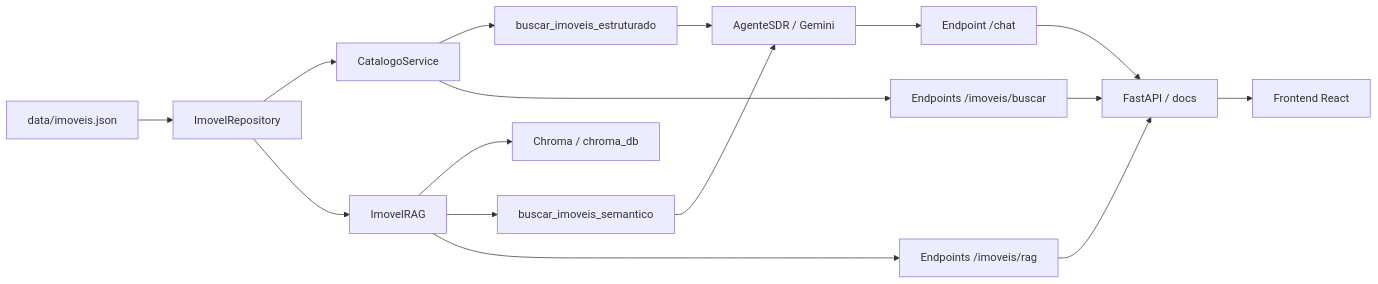
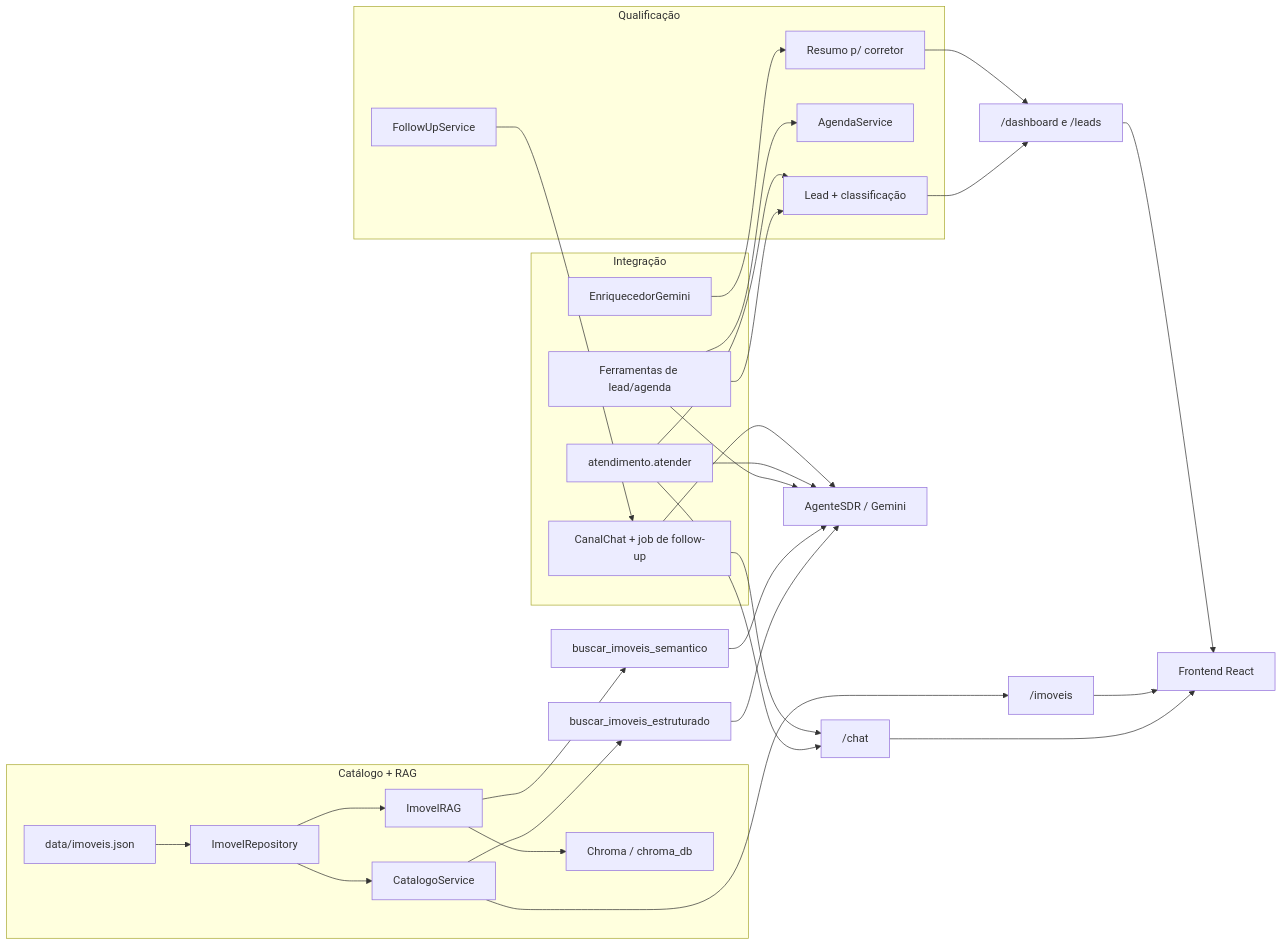
One commit to drielDev/sdr-imobiliario-ai changed the diagram in README.md. Above: the diagram before and after it, drawn with Mermaid. The commit also changed other lines of this file, not shown here.

First line of the commit message:
Documenta integracao, painel do corretor e configuracao da chave

````diff
--- a/README.md
+++ b/README.md
@@ -9,18 +9,45 @@
 ```mermaid
 flowchart LR
-    A[data/imoveis.json] --> B[ImovelRepository]
-    B --> C[CatalogoService]
-    B --> D[ImovelRAG]
-    D --> E[Chroma / chroma_db]
+    subgraph Catalogo[Catálogo + RAG]
+        A[data/imoveis.json] --> B[ImovelRepository]
+        B --> C[CatalogoService]
+        B --> D[ImovelRAG]
+        D --> E[Chroma / chroma_db]
+    end
+
+    subgraph Qualificacao[Qualificação]
+        Q1[Lead + classificação]
+        Q2[AgendaService]
+        Q3[FollowUpService]
+        Q4[Resumo p/ corretor]
+    end
+
+    subgraph Integracao[Integração]
+        AT[atendimento.atender]
+        TL[Ferramentas de lead/agenda]
+        FU[CanalChat + job de follow-up]
+        RI[EnriquecedorGemini]
+    end
+
     C --> T1[buscar_imoveis_estruturado]
     D --> T2[buscar_imoveis_semantico]
     T1 --> AG[AgenteSDR / Gemini]
     T2 --> AG
-    AG --> CH[Endpoint /chat]
-    D --> F[Endpoints /imoveis/rag]
-    C --> G[Endpoints /imoveis/buscar]
-    G --> H[FastAPI / docs]
-    F --> H
-    CH --> H
-    H --> FE[Frontend React]
+    TL --> AG
+    TL --> Q1
+    TL --> Q2
+    AT --> AG
+    AT --> Q1
+    Q3 --> FU
+    FU --> AG
+    RI --> Q4
+
+    AT --> CH["/chat"]
+    FU --> CH
+    C --> IM["/imoveis"]
+    Q1 --> DB["/dashboard e /leads"]
+    Q4 --> DB
+    CH --> FE[Frontend React]
+    IM --> FE
+    DB --> FE
 ```
````
